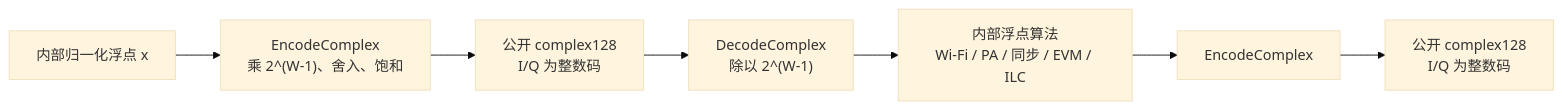
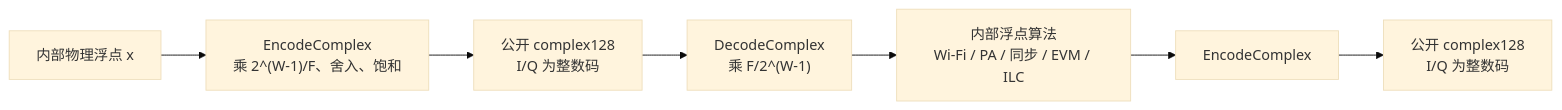
The first of 4 diagrams in doc/FixedPoint.md (niyilu45/DPD_ILC), drawn with Mermaid (base theme) before and after one commit. The commit also changed other lines of this file and 45 other files, not shown here.

````diff
--- a/doc/FixedPoint.md
+++ b/doc/FixedPoint.md
@@ -19,9 +21,9 @@
 ```mermaid
 flowchart LR
-    physicalInput["内部归一化浮点 x"] --> encode["EncodeComplex<br/>乘 2^(W-1)、舍入、饱和"]
+    physicalInput["内部物理浮点 x"] --> encode["EncodeComplex<br/>乘 2^(W-1)/F、舍入、饱和"]
     encode --> publicInput["公开 complex128<br/>I/Q 为整数码"]
-    publicInput --> decode["DecodeComplex<br/>除以 2^(W-1)"]
+    publicInput --> decode["DecodeComplex<br/>乘 F/2^(W-1)"]
     decode --> algorithm["内部浮点算法<br/>Wi-Fi / PA / 同步 / EVM / ILC"]
     algorithm --> outputEncode["EncodeComplex"]
     outputEncode --> publicOutput["公开 complex128<br/>I/Q 为整数码"]
 ```
````
